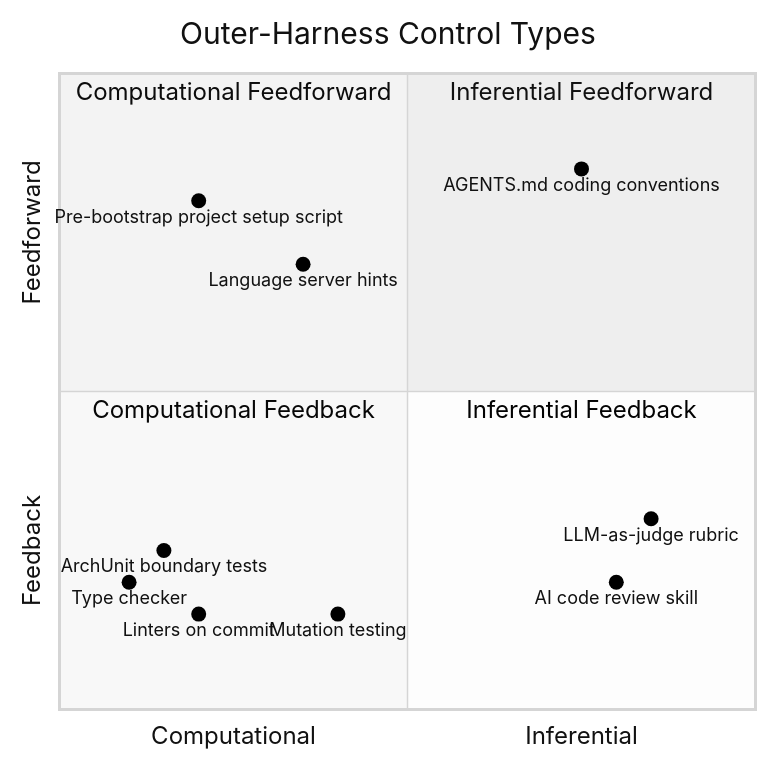
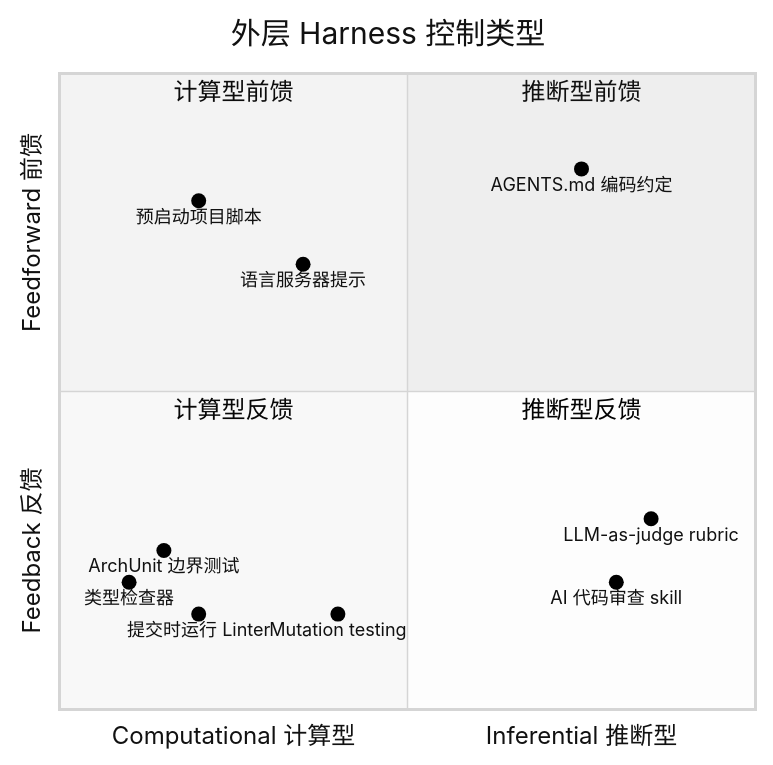
Before and after one commit to Jin-Fang/Agentic-AI-Study: the diagram in agent-harness-zh/05-sandboxing-guardrails.md, drawn with Mermaid (neutral theme). The commit also changed other lines of this file and 29 other files, not shown here.

````diff
--- a/agent-harness-zh/05-sandboxing-guardrails.md
+++ b/agent-harness-zh/05-sandboxing-guardrails.md
@@ -69,19 +82,19 @@
 ```mermaid
 quadrantChart
-    title Outer-Harness Control Types
-    x-axis Computational --> Inferential
-    y-axis Feedback --> Feedforward
-    quadrant-1 Inferential Feedforward
-    quadrant-2 Computational Feedforward
-    quadrant-3 Computational Feedback
-    quadrant-4 Inferential Feedback
-    AGENTS.md coding conventions: [0.75, 0.85]
-    Pre-bootstrap project setup script: [0.2, 0.8]
-    Language server hints: [0.35, 0.7]
-    ArchUnit boundary tests: [0.15, 0.25]
-    Linters on commit: [0.2, 0.15]
-    Type checker: [0.1, 0.2]
-    AI code review skill: [0.8, 0.2]
+    title 外层 Harness 控制类型
+    x-axis Computational 计算型 --> Inferential 推断型
+    y-axis Feedback 反馈 --> Feedforward 前馈
+    quadrant-1 推断型前馈
+    quadrant-2 计算型前馈
+    quadrant-3 计算型反馈
+    quadrant-4 推断型反馈
+    AGENTS.md 编码约定: [0.75, 0.85]
+    预启动项目脚本: [0.2, 0.8]
+    语言服务器提示: [0.35, 0.7]
+    ArchUnit 边界测试: [0.15, 0.25]
+    提交时运行 Linter: [0.2, 0.15]
+    类型检查器: [0.1, 0.2]
+    AI 代码审查 skill: [0.8, 0.2]
     LLM-as-judge rubric: [0.85, 0.3]
     Mutation testing: [0.4, 0.15]
 ```
````
